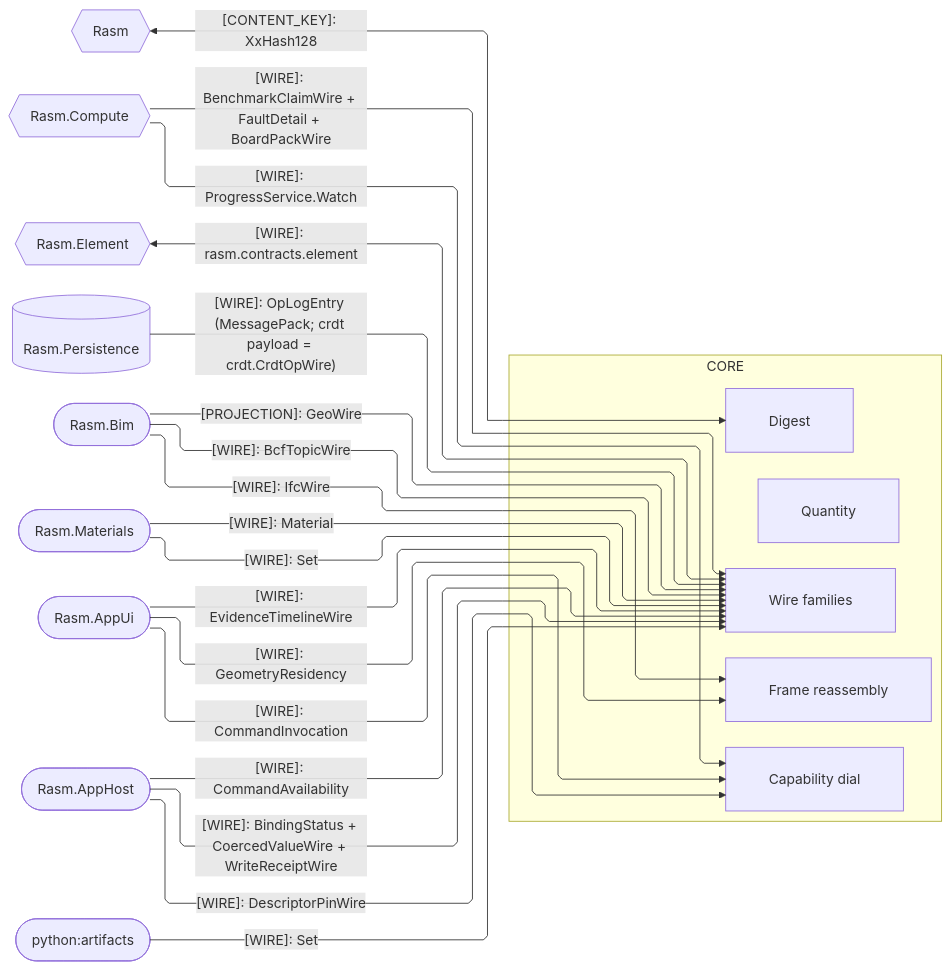
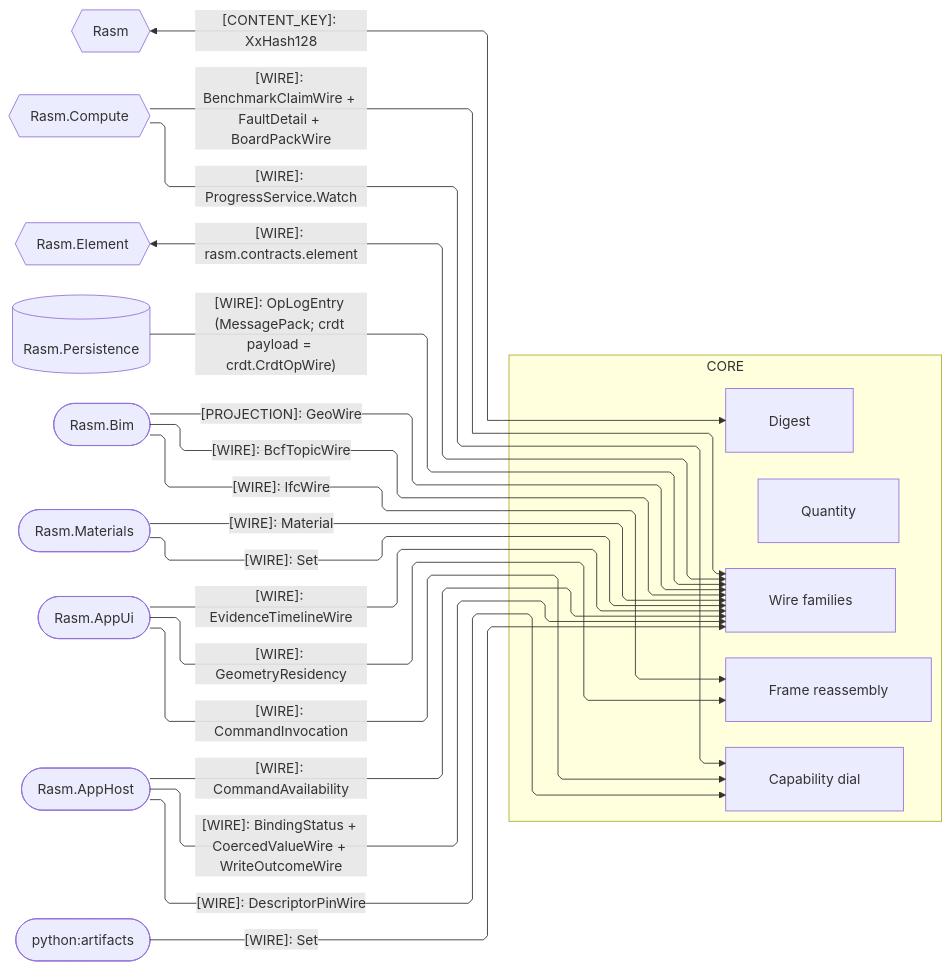
Before and after one commit to bsamiee/Rasm: the second of 4 diagrams in libs/typescript/core/ARCHITECTURE.md, drawn with Mermaid. The commit also changed other lines of this file and 1417 other files, not shown here.

````diff
--- a/libs/typescript/core/ARCHITECTURE.md
+++ b/libs/typescript/core/ARCHITECTURE.md
@@ -125,45 +125,45 @@
 ```mermaid
 ---
 config:
   layout: elk
   flowchart:
     curve: linear
     padding: 25
 ---
 flowchart LR
     accTitle: Core wire-plane seam registry
     accDescr: Wire, Frame, and Invoke admit peer-owned contracts; every external edge preserves its producer spelling.
     subgraph core[CORE]
         Digest[Digest]
         Quantity[Quantity]
         Wire[Wire families]
         Frame[Frame reassembly]
         Invoke[Capability dial]
     end
     Rasm{{Rasm}}
     Compute{{Rasm.Compute}}
     Element{{Rasm.Element}}
     Persistence[(Rasm.Persistence)]
     Bim([Rasm.Bim])
     Materials([Rasm.Materials])
     AppUi([Rasm.AppUi])
     AppHost([Rasm.AppHost])
     Artifacts([python:artifacts])
     Rasm e1@<-->|"[CONTENT_KEY]: XxHash128"| Digest
     Compute e2@-->|"[WIRE]: BenchmarkClaimWire + FaultDetail + BoardPackWire"| Wire
     Compute e21@-->|"[WIRE]: ProgressService.Watch"| Invoke
     Element e3@<-->|"[WIRE]: rasm.contracts.element"| Wire
     Persistence e4@-->|"[WIRE]: OpLogEntry (MessagePack; crdt payload = crdt.CrdtOpWire)"| Wire
     Bim e6@-->|"[WIRE]: IfcWire"| Frame
     Bim e7@-->|"[WIRE]: BcfTopicWire"| Wire
     Materials e9@-->|"[WIRE]: Material"| Wire
     Materials e10@-->|"[WIRE]: Set"| Wire
     Artifacts e11@-->|"[WIRE]: Set"| Wire
     AppUi e12@-->|"[WIRE]: CommandInvocation"| Invoke
     AppUi e13@-->|"[WIRE]: GeometryResidency"| Frame
     AppUi e14@-->|"[WIRE]: EvidenceTimelineWire"| Wire
     AppHost e15@-->|"[WIRE]: DescriptorPinWire"| Invoke
     AppHost e17@-->|"[WIRE]: CommandAvailability"| Wire
-    AppHost e18@-->|"[WIRE]: BindingStatus + CoercedValueWire + WriteReceiptWire"| Wire
+    AppHost e18@-->|"[WIRE]: BindingStatus + CoercedValueWire + WriteOutcomeWire"| Wire
     Bim e20@-->|"[PROJECTION]: GeoWire"| Wire
 ```
````
